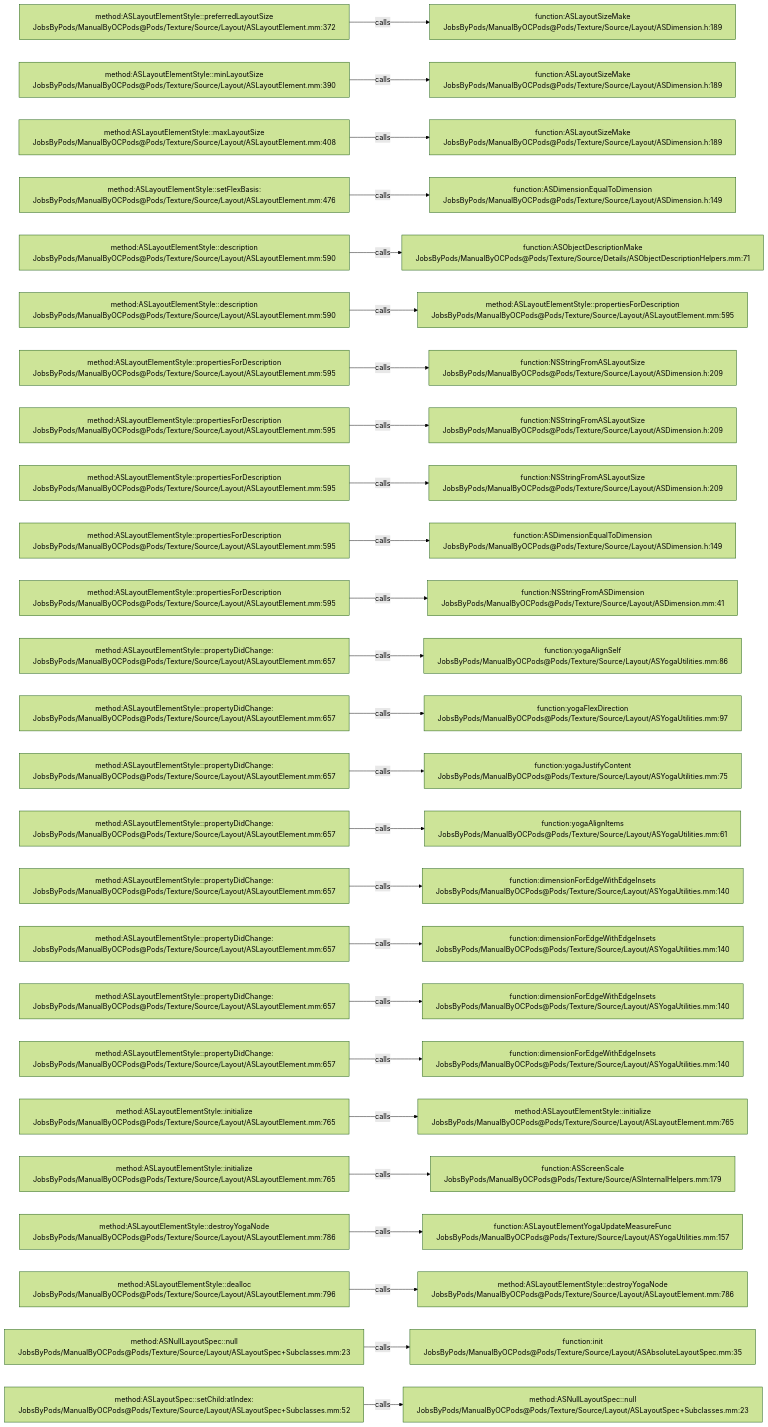
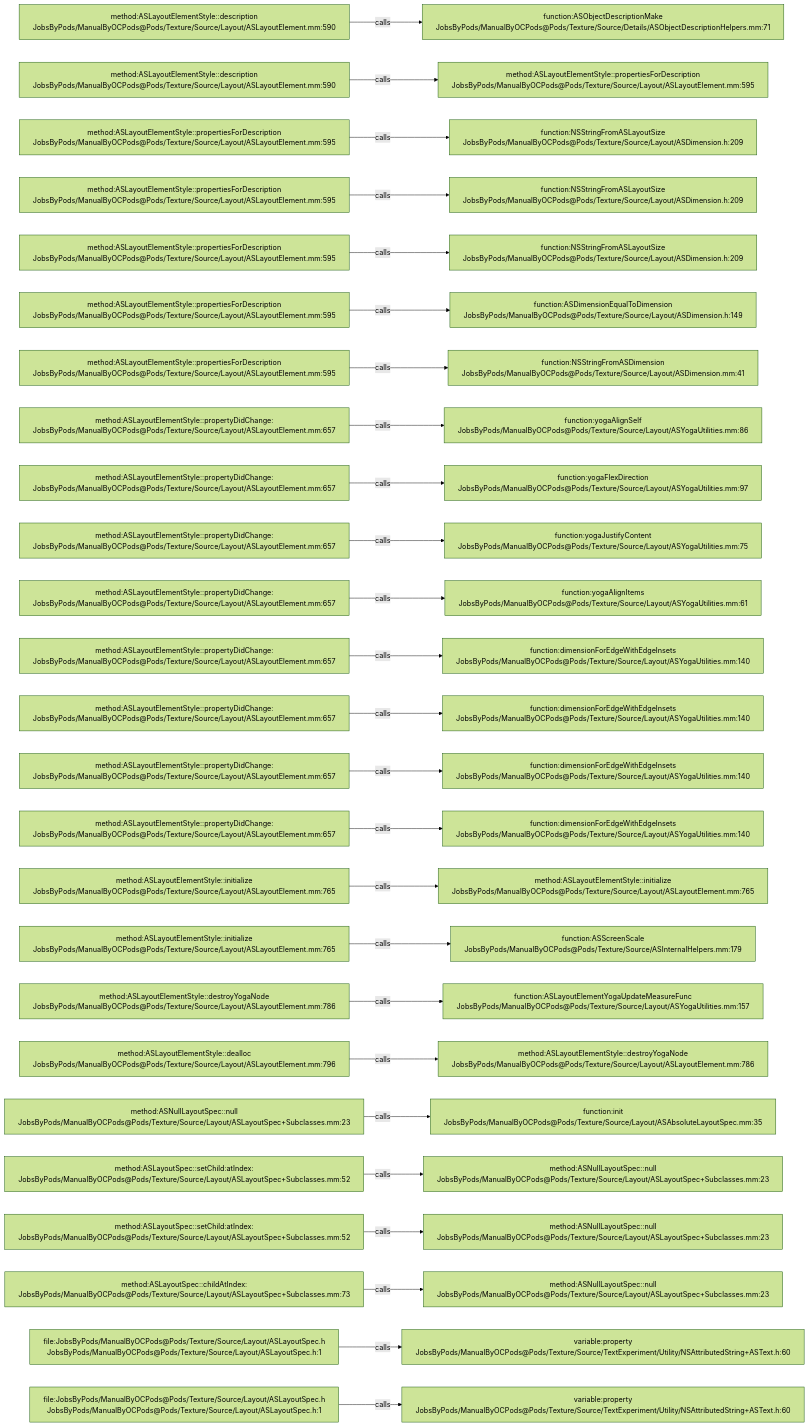
The diagram in .codegraph/codegraph.md/graphs/calls-178.md (JobsKits/JobsOCBaseConfigDemo), drawn with Mermaid (forest theme) before and after one commit. The commit also changed 727 other files, not shown here.

````diff
--- a/.codegraph/codegraph.md/graphs/calls-178.md
+++ b/.codegraph/codegraph.md/graphs/calls-178.md
@@ -13,78 +13,78 @@
 ```mermaid
 flowchart LR
-  S1["method:ASLayoutElementStyle::preferredLayoutSize<br/>JobsByPods/ManualByOCPods@Pods/Texture/Source/Layout/ASLayoutElement.mm:372"]
-  T1["function:ASLayoutSizeMake<br/>JobsByPods/ManualByOCPods@Pods/Texture/Source/Layout/ASDimension.h:189"]
+  S1["method:ASLayoutElementStyle::description<br/>JobsByPods/ManualByOCPods@Pods/Texture/Source/Layout/ASLayoutElement.mm:590"]
+  T1["function:ASObjectDescriptionMake<br/>JobsByPods/ManualByOCPods@Pods/Texture/Source/Details/ASObjectDescriptionHelpers.mm:71"]
   S1 -->|calls| T1
-  S2["method:ASLayoutElementStyle::minLayoutSize<br/>JobsByPods/ManualByOCPods@Pods/Texture/Source/Layout/ASLayoutElement.mm:390"]
-  T2["function:ASLayoutSizeMake<br/>JobsByPods/ManualByOCPods@Pods/Texture/Source/Layout/ASDimension.h:189"]
+  S2["method:ASLayoutElementStyle::description<br/>JobsByPods/ManualByOCPods@Pods/Texture/Source/Layout/ASLayoutElement.mm:590"]
+  T2["method:ASLayoutElementStyle::propertiesForDescription<br/>JobsByPods/ManualByOCPods@Pods/Texture/Source/Layout/ASLayoutElement.mm:595"]
   S2 -->|calls| T2
-  S3["method:ASLayoutElementStyle::maxLayoutSize<br/>JobsByPods/ManualByOCPods@Pods/Texture/Source/Layout/ASLayoutElement.mm:408"]
-  T3["function:ASLayoutSizeMake<br/>JobsByPods/ManualByOCPods@Pods/Texture/Source/Layout/ASDimension.h:189"]
+  S3["method:ASLayoutElementStyle::propertiesForDescription<br/>JobsByPods/ManualByOCPods@Pods/Texture/Source/Layout/ASLayoutElement.mm:595"]
+  T3["function:NSStringFromASLayoutSize<br/>JobsByPods/ManualByOCPods@Pods/Texture/Source/Layout/ASDimension.h:209"]
   S3 -->|calls| T3
-  S4["method:ASLayoutElementStyle::setFlexBasis:<br/>JobsByPods/ManualByOCPods@Pods/Texture/Source/Layout/ASLayoutElement.mm:476"]
-  T4["function:ASDimensionEqualToDimension<br/>JobsByPods/ManualByOCPods@Pods/Texture/Source/Layout/ASDimension.h:149"]
+  S4["method:ASLayoutElementStyle::propertiesForDescription<br/>JobsByPods/ManualByOCPods@Pods/Texture/Source/Layout/ASLayoutElement.mm:595"]
+  T4["function:NSStringFromASLayoutSize<br/>JobsByPods/ManualByOCPods@Pods/Texture/Source/Layout/ASDimension.h:209"]
   S4 -->|calls| T4
-  S5["method:ASLayoutElementStyle::description<br/>JobsByPods/ManualByOCPods@Pods/Texture/Source/Layout/ASLayoutElement.mm:590"]
-  T5["function:ASObjectDescriptionMake<br/>JobsByPods/ManualByOCPods@Pods/Texture/Source/Details/ASObjectDescriptionHelpers.mm:71"]
+  S5["method:ASLayoutElementStyle::propertiesForDescription<br/>JobsByPods/ManualByOCPods@Pods/Texture/Source/Layout/ASLayoutElement.mm:595"]
+  T5["function:NSStringFromASLayoutSize<br/>JobsByPods/ManualByOCPods@Pods/Texture/Source/Layout/ASDimension.h:209"]
   S5 -->|calls| T5
-  S6["method:ASLayoutElementStyle::description<br/>JobsByPods/ManualByOCPods@Pods/Texture/Source/Layout/ASLayoutElement.mm:590"]
-  T6["method:ASLayoutElementStyle::propertiesForDescription<br/>JobsByPods/ManualByOCPods@Pods/Texture/Source/Layout/ASLayoutElement.mm:595"]
+  S6["method:ASLayoutElementStyle::propertiesForDescription<br/>JobsByPods/ManualByOCPods@Pods/Texture/Source/Layout/ASLayoutElement.mm:595"]
+  T6["function:ASDimensionEqualToDimension<br/>JobsByPods/ManualByOCPods@Pods/Texture/Source/Layout/ASDimension.h:149"]
   S6 -->|calls| T6
   S7["method:ASLayoutElementStyle::propertiesForDescription<br/>JobsByPods/ManualByOCPods@Pods/Texture/Source/Layout/ASLayoutElement.mm:595"]
-  T7["function:NSStringFromASLayoutSize<br/>JobsByPods/ManualByOCPods@Pods/Texture/Source/Layout/ASDimension.h:209"]
+  T7["function:NSStringFromASDimension<br/>JobsByPods/ManualByOCPods@Pods/Texture/Source/Layout/ASDimension.mm:41"]
   S7 -->|calls| T7
-  S8["method:ASLayoutElementStyle::propertiesForDescription<br/>JobsByPods/ManualByOCPods@Pods/Texture/Source/Layout/ASLayoutElement.mm:595"]
-  T8["function:NSStringFromASLayoutSize<br/>JobsByPods/ManualByOCPods@Pods/Texture/Source/Layout/ASDimension.h:209"]
+  S8["method:ASLayoutElementStyle::propertyDidChange:<br/>JobsByPods/ManualByOCPods@Pods/Texture/Source/Layout/ASLayoutElement.mm:657"]
+  T8["function:yogaAlignSelf<br/>JobsByPods/ManualByOCPods@Pods/Texture/Source/Layout/ASYogaUtilities.mm:86"]
   S8 -->|calls| T8
-  S9["method:ASLayoutElementStyle::propertiesForDescription<br/>JobsByPods/ManualByOCPods@Pods/Texture/Source/Layout/ASLayoutElement.mm:595"]
-  T9["function:NSStringFromASLayoutSize<br/>JobsByPods/ManualByOCPods@Pods/Texture/Source/Layout/ASDimension.h:209"]
+  S9["method:ASLayoutElementStyle::propertyDidChange:<br/>JobsByPods/ManualByOCPods@Pods/Texture/Source/Layout/ASLayoutElement.mm:657"]
+  T9["function:yogaFlexDirection<br/>JobsByPods/ManualByOCPods@Pods/Texture/Source/Layout/ASYogaUtilities.mm:97"]
   S9 -->|calls| T9
-  S10["method:ASLayoutElementStyle::propertiesForDescription<br/>JobsByPods/ManualByOCPods@Pods/Texture/Source/Layout/ASLayoutElement.mm:595"]
-  T10["function:ASDimensionEqualToDimension<br/>JobsByPods/ManualByOCPods@Pods/Texture/Source/Layout/ASDimension.h:149"]
+  S10["method:ASLayoutElementStyle::propertyDidChange:<br/>JobsByPods/ManualByOCPods@Pods/Texture/Source/Layout/ASLayoutElement.mm:657"]
+  T10["function:yogaJustifyContent<br/>JobsByPods/ManualByOCPods@Pods/Texture/Source/Layout/ASYogaUtilities.mm:75"]
   S10 -->|calls| T10
-  S11["method:ASLayoutElementStyle::propertiesForDescription<br/>JobsByPods/ManualByOCPods@Pods/Texture/Source/Layout/ASLayoutElement.mm:595"]
-  T11["function:NSStringFromASDimension<br/>JobsByPods/ManualByOCPods@Pods/Texture/Source/Layout/ASDimension.mm:41"]
+  S11["method:ASLayoutElementStyle::propertyDidChange:<br/>JobsByPods/ManualByOCPods@Pods/Texture/Source/Layout/ASLayoutElement.mm:657"]
+  T11["function:yogaAlignItems<br/>JobsByPods/ManualByOCPods@Pods/Texture/Source/Layout/ASYogaUtilities.mm:61"]
   S11 -->|calls| T11
   S12["method:ASLayoutElementStyle::propertyDidChange:<br/>JobsByPods/ManualByOCPods@Pods/Texture/Source/Layout/ASLayoutElement.mm:657"]
-  T12["function:yogaAlignSelf<br/>JobsByPods/ManualByOCPods@Pods/Texture/Source/Layout/ASYogaUtilities.mm:86"]
+  T12["function:dimensionForEdgeWithEdgeInsets<br/>JobsByPods/ManualByOCPods@Pods/Texture/Source/Layout/ASYogaUtilities.mm:140"]
   S12 -->|calls| T12
   S13["method:ASLayoutElementStyle::propertyDidChange:<br/>JobsByPods/ManualByOCPods@Pods/Texture/Source/Layout/ASLayoutElement.mm:657"]
-  T13["function:yogaFlexDirection<br/>JobsByPods/ManualByOCPods@Pods/Texture/Source/Layout/ASYogaUtilities.mm:97"]
+  T13["function:dimensionForEdgeWithEdgeInsets<br/>JobsByPods/ManualByOCPods@Pods/Texture/Source/Layout/ASYogaUtilities.mm:140"]
   S13 -->|calls| T13
   S14["method:ASLayoutElementStyle::propertyDidChange:<br/>JobsByPods/ManualByOCPods@Pods/Texture/Source/Layout/ASLayoutElement.mm:657"]
-  T14["function:yogaJustifyContent<br/>JobsByPods/ManualByOCPods@Pods/Texture/Source/Layout/ASYogaUtilities.mm:75"]
+  T14["function:dimensionForEdgeWithEdgeInsets<br/>JobsByPods/ManualByOCPods@Pods/Texture/Source/Layout/ASYogaUtilities.mm:140"]
   S14 -->|calls| T14
   S15["method:ASLayoutElementStyle::propertyDidChange:<br/>JobsByPods/ManualByOCPods@Pods/Texture/Source/Layout/ASLayoutElement.mm:657"]
-  T15["function:yogaAlignItems<br/>JobsByPods/ManualByOCPods@Pods/Texture/Source/Layout/ASYogaUtilities.mm:61"]
+  T15["function:dimensionForEdgeWithEdgeInsets<br/>JobsByPods/ManualByOCPods@Pods/Texture/Source/Layout/ASYogaUtilities.mm:140"]
   S15 -->|calls| T15
-  S16["method:ASLayoutElementStyle::propertyDidChange:<br/>JobsByPods/ManualByOCPods@Pods/Texture/Source/Layout/ASLayoutElement.mm:657"]
-  T16["function:dimensionForEdgeWithEdgeInsets<br/>JobsByPods/ManualByOCPods@Pods/Texture/Source/Layout/ASYogaUtilities.mm:140"]
+  S16["method:ASLayoutElementStyle::initialize<br/>JobsByPods/ManualByOCPods@Pods/Texture/Source/Layout/ASLayoutElement.mm:765"]
+  T16["method:ASLayoutElementStyle::initialize<br/>JobsByPods/ManualByOCPods@Pods/Texture/Source/Layout/ASLayoutElement.mm:765"]
   S16 -->|calls| T16
-  S17["method:ASLayoutElementStyle::propertyDidChange:<br/>JobsByPods/ManualByOCPods@Pods/Texture/Source/Layout/ASLayoutElement.mm:657"]
-  T17["function:dimensionForEdgeWithEdgeInsets<br/>JobsByPods/ManualByOCPods@Pods/Texture/Source/Layout/ASYogaUtilities.mm:140"]
+  S17["method:ASLayoutElementStyle::initialize<br/>JobsByPods/ManualByOCPods@Pods/Texture/Source/Layout/ASLayoutElement.mm:765"]
+  T17["function:ASScreenScale<br/>JobsByPods/ManualByOCPods@Pods/Texture/Source/ASInternalHelpers.mm:179"]
   S17 -->|calls| T17
-  S18["method:ASLayoutElementStyle::propertyDidChange:<br/>JobsByPods/ManualByOCPods@Pods/Texture/Source/Layout/ASLayoutElement.mm:657"]
-  T18["function:dimensionForEdgeWithEdgeInsets<br/>JobsByPods/ManualByOCPods@Pods/Texture/Source/Layout/ASYogaUtilities.mm:140"]
+  S18["method:ASLayoutElementStyle::destroyYogaNode<br/>JobsByPods/ManualByOCPods@Pods/Texture/Source/Layout/ASLayoutElement.mm:786"]
+  T18["function:ASLayoutElementYogaUpdateMeasureFunc<br/>JobsByPods/ManualByOCPods@Pods/Texture/Source/Layout/ASYogaUtilities.mm:157"]
   S18 -->|calls| T18
-  S19["method:ASLayoutElementStyle::propertyDidChange:<br/>JobsByPods/ManualByOCPods@Pods/Texture/Source/Layout/ASLayoutElement.mm:657"]
-  T19["function:dimensionForEdgeWithEdgeInsets<br/>JobsByPods/ManualByOCPods@Pods/Texture/Source/Layout/ASYogaUtilities.mm:140"]
+  S19["method:ASLayoutElementStyle::dealloc<br/>JobsByPods/ManualByOCPods@Pods/Texture/Source/Layout/ASLayoutElement.mm:796"]
+  T19["method:ASLayoutElementStyle::destroyYogaNode<br/>JobsByPods/ManualByOCPods@Pods/Texture/Source/Layout/ASLayoutElement.mm:786"]
   S19 -->|calls| T19
-  S20["method:ASLayoutElementStyle::initialize<br/>JobsByPods/ManualByOCPods@Pods/Texture/Source/Layout/ASLayoutElement.mm:765"]
-  T20["method:ASLayoutElementStyle::initialize<br/>JobsByPods/ManualByOCPods@Pods/Texture/Source/Layout/ASLayoutElement.mm:765"]
+  S20["method:ASNullLayoutSpec::null<br/>JobsByPods/ManualByOCPods@Pods/Texture/Source/Layout/ASLayoutSpec+Subclasses.mm:23"]
+  T20["function:init<br/>JobsByPods/ManualByOCPods@Pods/Texture/Source/Layout/ASAbsoluteLayoutSpec.mm:35"]
   S20 -->|calls| T20
-  S21["method:ASLayoutElementStyle::initialize<br/>JobsByPods/ManualByOCPods@Pods/Texture/Source/Layout/ASLayoutElement.mm:765"]
-  T21["function:ASScreenScale<br/>JobsByPods/ManualByOCPods@Pods/Texture/Source/ASInternalHelpers.mm:179"]
+  S21["method:ASLayoutSpec::setChild:atIndex:<br/>JobsByPods/ManualByOCPods@Pods/Texture/Source/Layout/ASLayoutSpec+Subclasses.mm:52"]
+  T21["method:ASNullLayoutSpec::null<br/>JobsByPods/ManualByOCPods@Pods/Texture/Source/Layout/ASLayoutSpec+Subclasses.mm:23"]
   S21 -->|calls| T21
-  S22["method:ASLayoutElementStyle::destroyYogaNode<br/>JobsByPods/ManualByOCPods@Pods/Texture/Source/Layout/ASLayoutElement.mm:786"]
-  T22["function:ASLayoutElementYogaUpdateMeasureFunc<br/>JobsByPods/ManualByOCPods@Pods/Texture/Source/Layout/ASYogaUtilities.mm:157"]
+  S22["method:ASLayoutSpec::setChild:atIndex:<br/>JobsByPods/ManualByOCPods@Pods/Texture/Source/Layout/ASLayoutSpec+Subclasses.mm:52"]
+  T22["method:ASNullLayoutSpec::null<br/>JobsByPods/ManualByOCPods@Pods/Texture/Source/Layout/ASLayoutSpec+Subclasses.mm:23"]
   S22 -->|calls| T22
-  S23["method:ASLayoutElementStyle::dealloc<br/>JobsByPods/ManualByOCPods@Pods/Texture/Source/Layout/ASLayoutElement.mm:796"]
-  T23["method:ASLayoutElementStyle::destroyYogaNode<br/>JobsByPods/ManualByOCPods@Pods/Texture/Source/Layout/ASLayoutElement.mm:786"]
+  S23["method:ASLayoutSpec::childAtIndex:<br/>JobsByPods/ManualByOCPods@Pods/Texture/Source/Layout/ASLayoutSpec+Subclasses.mm:73"]
+  T23["method:ASNullLayoutSpec::null<br/>JobsByPods/ManualByOCPods@Pods/Texture/Source/Layout/ASLayoutSpec+Subclasses.mm:23"]
   S23 -->|calls| T23
-  S24["method:ASNullLayoutSpec::null<br/>JobsByPods/ManualByOCPods@Pods/Texture/Source/Layout/ASLayoutSpec+Subclasses.mm:23"]
-  T24["function:init<br/>JobsByPods/ManualByOCPods@Pods/Texture/Source/Layout/ASAbsoluteLayoutSpec.mm:35"]
+  S24["file:JobsByPods/ManualByOCPods@Pods/Texture/Source/Layout/ASLayoutSpec.h<br/>JobsByPods/ManualByOCPods@Pods/Texture/Source/Layout/ASLayoutSpec.h:1"]
+  T24["variable:property<br/>JobsByPods/ManualByOCPods@Pods/Texture/Source/TextExperiment/Utility/NSAttributedString+ASText.h:60"]
   S24 -->|calls| T24
-  S25["method:ASLayoutSpec::setChild:atIndex:<br/>JobsByPods/ManualByOCPods@Pods/Texture/Source/Layout/ASLayoutSpec+Subclasses.mm:52"]
-  T25["method:ASNullLayoutSpec::null<br/>JobsByPods/ManualByOCPods@Pods/Texture/Source/Layout/ASLayoutSpec+Subclasses.mm:23"]
+  S25["file:JobsByPods/ManualByOCPods@Pods/Texture/Source/Layout/ASLayoutSpec.h<br/>JobsByPods/ManualByOCPods@Pods/Texture/Source/Layout/ASLayoutSpec.h:1"]
+  T25["variable:property<br/>JobsByPods/ManualByOCPods@Pods/Texture/Source/TextExperiment/Utility/NSAttributedString+ASText.h:60"]
   S25 -->|calls| T25
 ```
````
